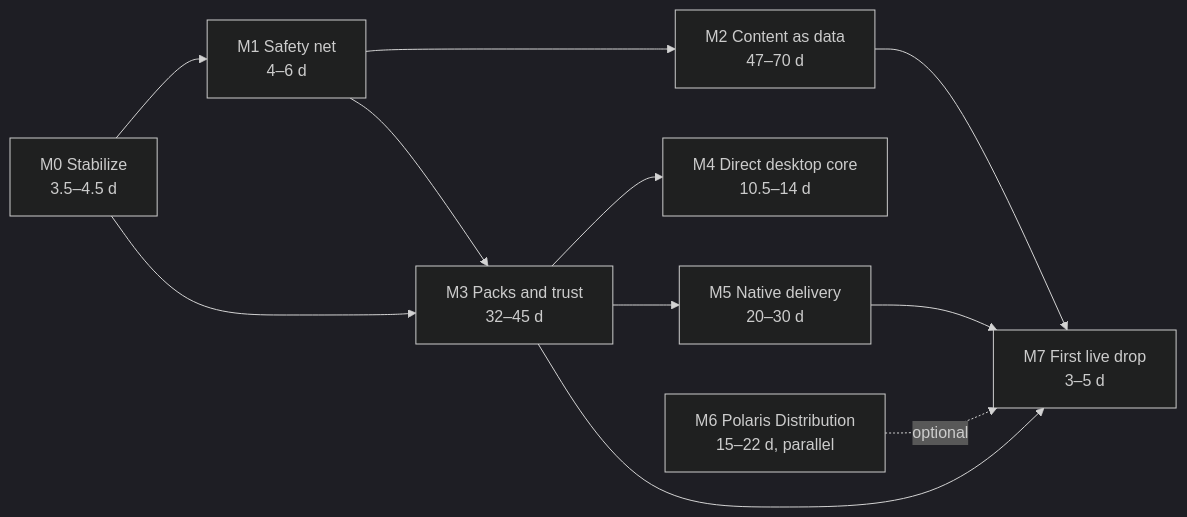
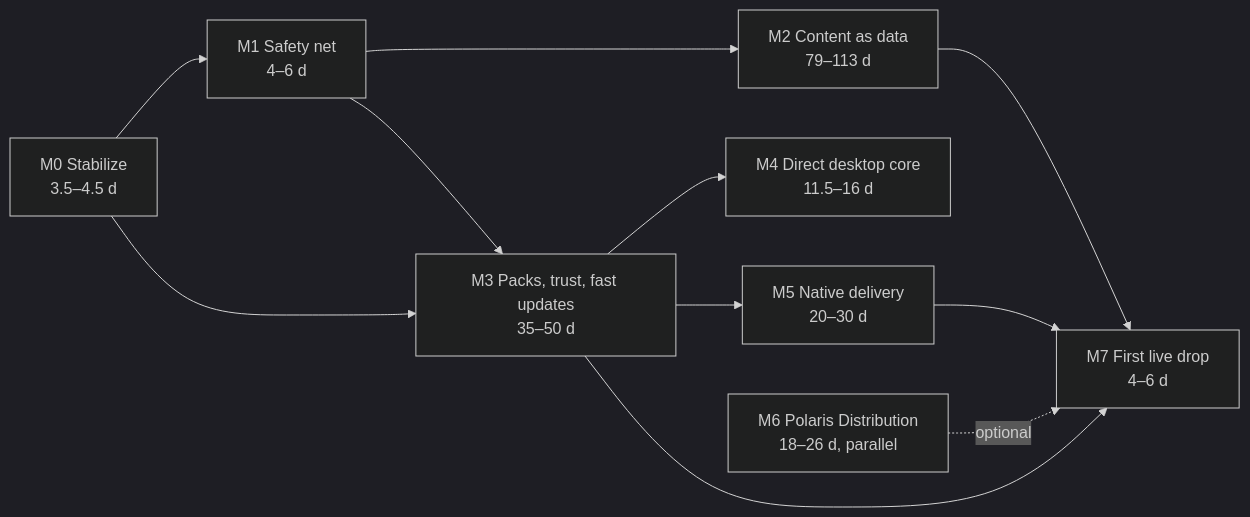
One commit to vladzaharia/diceroll changed the diagram in docs/plans/2026-09-29-distribution-v2-plan.md. Above: the diagram before and after it, drawn with Mermaid (dark theme). The commit also changed other lines of this file and 12 other files, not shown here.

First line of the commit message:
docs(release): make every content domain data in distribution v2

````diff
--- a/docs/plans/2026-09-29-distribution-v2-plan.md
+++ b/docs/plans/2026-09-29-distribution-v2-plan.md
@@ -26,12 +26,12 @@
 ```mermaid
 flowchart LR
-  M0[M0 Stabilize<br/>3.5–4.5 d] --> M1[M1 Safety net<br/>4–6 d] --> M2[M2 Content as data<br/>47–70 d]
-  M0 --> M3[M3 Packs and trust<br/>32–45 d]
+  M0[M0 Stabilize<br/>3.5–4.5 d] --> M1[M1 Safety net<br/>4–6 d] --> M2[M2 Content as data<br/>79–113 d]
+  M0 --> M3[M3 Packs, trust, fast updates<br/>35–50 d]
   M1 --> M3
-  M3 --> M4[M4 Direct desktop core<br/>10.5–14 d]
+  M3 --> M4[M4 Direct desktop core<br/>11.5–16 d]
   M3 --> M5[M5 Native delivery<br/>20–30 d]
-  M2 --> M7[M7 First live drop<br/>3–5 d]
+  M2 --> M7[M7 First live drop<br/>4–6 d]
   M3 --> M7
   M5 --> M7
-  M6[M6 Polaris Distribution<br/>15–22 d, parallel] -. optional .-> M7
+  M6[M6 Polaris Distribution<br/>18–26 d, parallel] -. optional .-> M7
 ```
````
